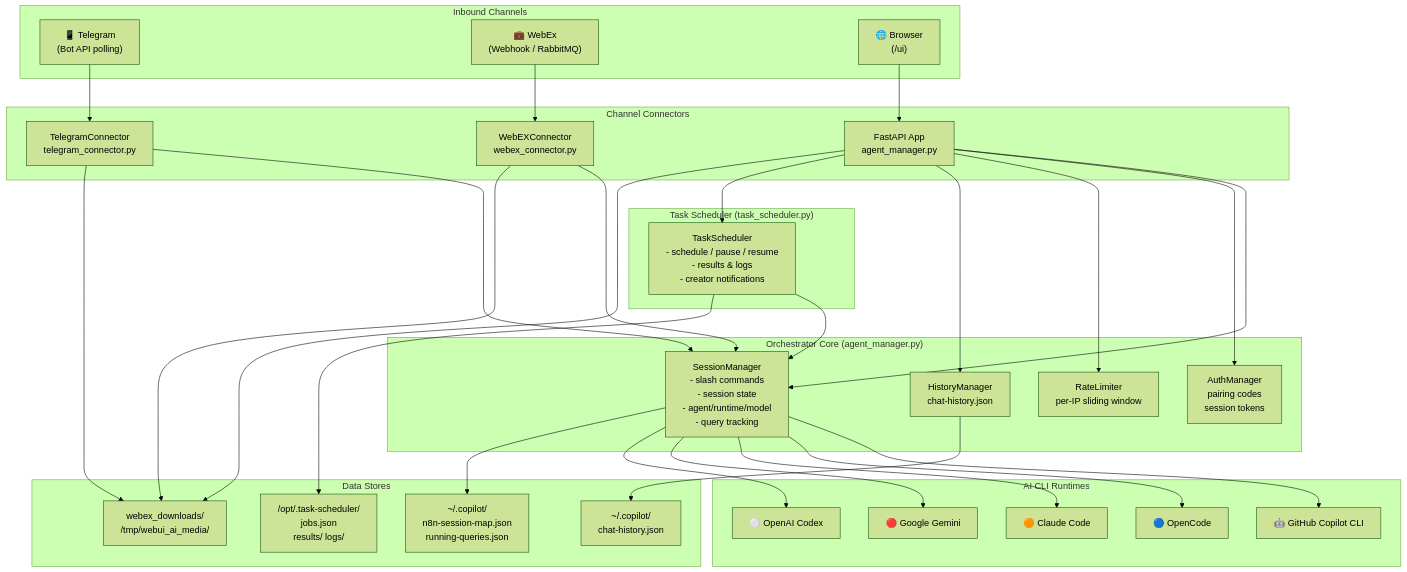
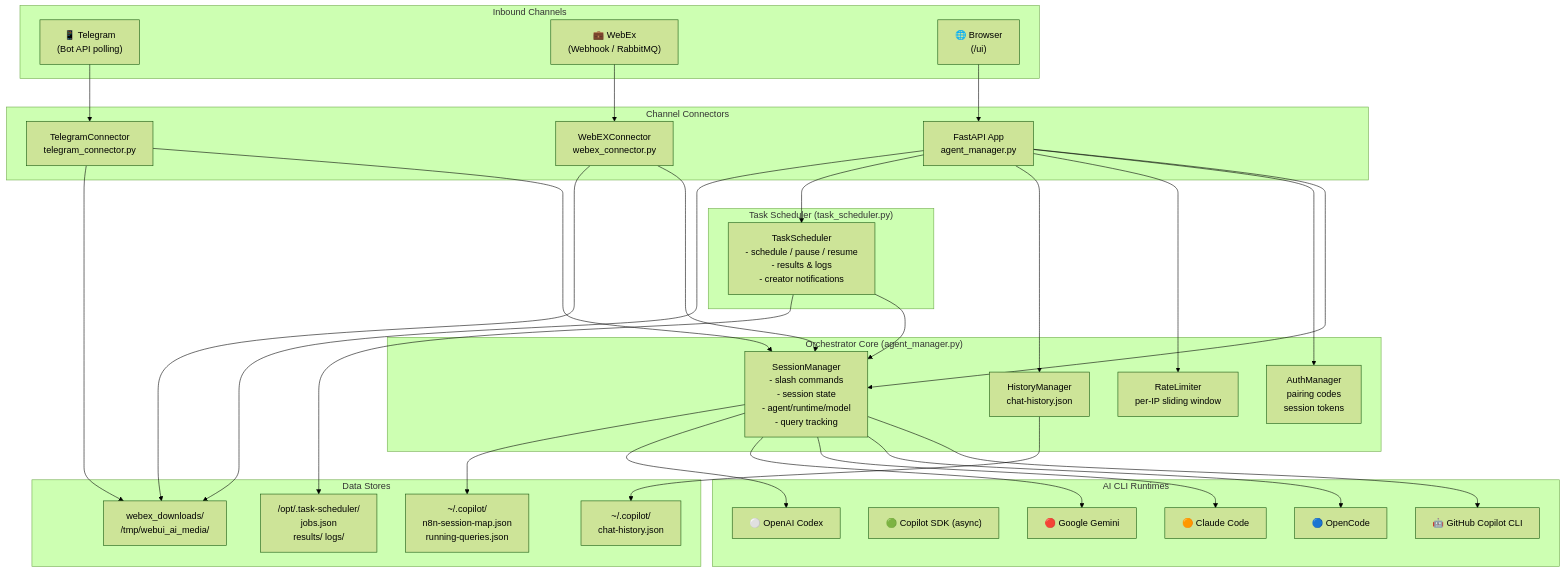
Before and after one commit to leprachuan/Wee-Orchestrator: the first of 6 diagrams in ARCHITECTURE.md, drawn with Mermaid (forest theme). The commit also changed other lines of this file and 11 other files, not shown here.

First line of the commit message:
feat: add copilot-sdk runtime (Issue #76)

````diff
--- a/ARCHITECTURE.md
+++ b/ARCHITECTURE.md
@@ -44,66 +44,67 @@
 ```mermaid
 graph TB
     subgraph Inbound["Inbound Channels"]
         TG["📱 Telegram\n(Bot API polling)"]
         WX["💼 WebEx\n(Webhook / RabbitMQ)"]
         BR["🌐 Browser\n(/ui)"]
     end
 
     subgraph Connectors["Channel Connectors"]
         TC["TelegramConnector\ntelegram_connector.py"]
         WC["WebEXConnector\nwebex_connector.py"]
         FA["FastAPI App\nagent_manager.py"]
     end
 
     subgraph Core["Orchestrator Core (agent_manager.py)"]
         SM["SessionManager\n- slash commands\n- session state\n- agent/runtime/model\n- query tracking"]
         HM["HistoryManager\nchat-history.json"]
         AM["AuthManager\npairing codes\nsession tokens"]
         RL["RateLimiter\nper-IP sliding window"]
     end
 
     subgraph Scheduler["Task Scheduler (task_scheduler.py)"]
         TS["TaskScheduler\n- schedule / pause / resume\n- results & logs\n- creator notifications"]
     end
 
     subgraph Runtimes["AI CLI Runtimes"]
         CP["🤖 GitHub Copilot CLI"]
+        CS["🟢 Copilot SDK (async)"]
         OC["🔵 OpenCode"]
         CL["🟠 Claude Code"]
         GM["🔴 Google Gemini"]
         CX["⚪ OpenAI Codex"]
     end
 
     subgraph Storage["Data Stores"]
         SJ["~/.copilot/\nn8n-session-map.json\nrunning-queries.json"]
         CH["~/.copilot/\nchat-history.json"]
         JF["/opt/.task-scheduler/\njobs.json\nresults/  logs/"]
         UF["webex_downloads/\n/tmp/webui_ai_media/"]
     end
 
     TG --> TC
     WX --> WC
     BR --> FA
 
     TC --> SM
     WC --> SM
     FA --> SM
     FA --> AM
     FA --> RL
     FA --> HM
     FA --> TS
 
     SM --> CP
     SM --> OC
     SM --> CL
     SM --> GM
     SM --> CX
     SM --> SJ
 
     HM --> CH
     TS --> SM
     TS --> JF
     TC --> UF
     WC --> UF
     FA --> UF
 ```
````
